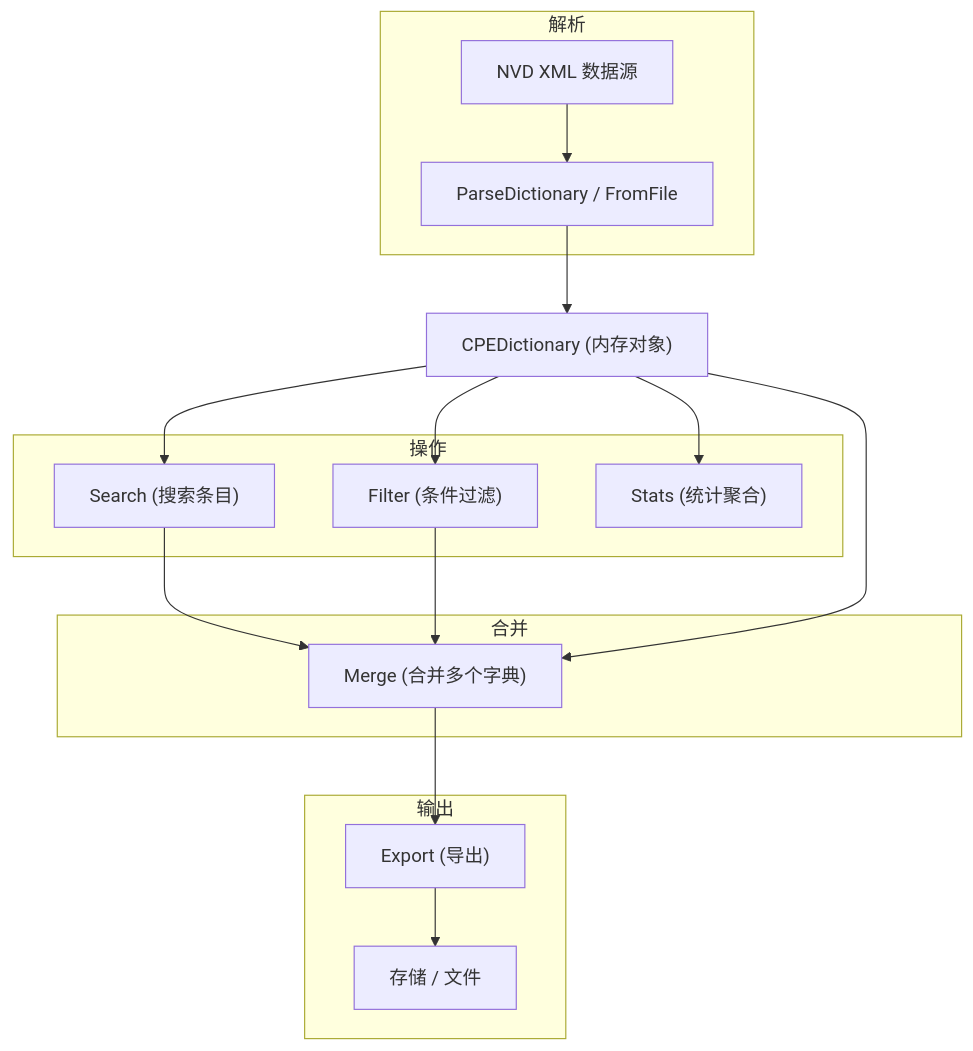
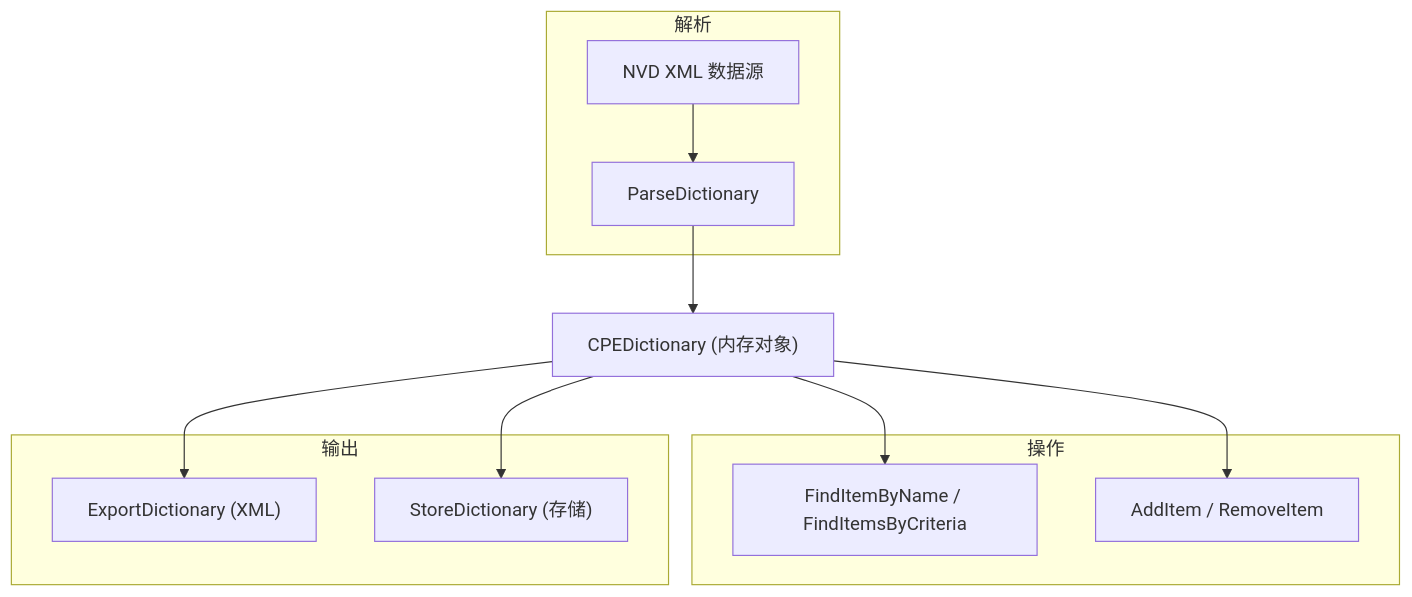
The diagram in website/zh/api/dictionary.md (scagogogo/cpe-skills), drawn with Mermaid before and after one commit. The commit also changed other lines of this file and 18 other files, not shown here.

````diff
--- a/website/zh/api/dictionary.md
+++ b/website/zh/api/dictionary.md
@@ -7,36 +7,26 @@
 ```mermaid
 flowchart TD
     subgraph "解析"
         XML["NVD XML 数据源"]
-        Parse["ParseDictionary / FromFile"]
+        Parse["ParseDictionary"]
         XML --> Parse
     end
 
     Parse --> Dict["CPEDictionary (内存对象)"]
 
     subgraph "操作"
-        Search["Search (搜索条目)"]
-        Filter["Filter (条件过滤)"]
-        Stats["Stats (统计聚合)"]
+        Find["FindItemByName / FindItemsByCriteria"]
+        Add["AddItem / RemoveItem"]
     end
 
-    Dict --> Search
-    Dict --> Filter
-    Dict --> Stats
+    Dict --> Find
+    Dict --> Add
 
-    subgraph "合并"
-        Merge["Merge (合并多个字典)"]
+    subgraph "输出"
+        Export["ExportDictionary (XML)"]
+        Store["StoreDictionary (存储)"]
     end
 
-    Search --> Merge
-    Filter --> Merge
-    Dict --> Merge
-
-    subgraph "输出"
-        Export["Export (导出)"]
-        Store["存储 / 文件"]
-    end
-
-    Merge --> Export
-    Export --> Store
+    Dict --> Export
+    Dict --> Store
 ```
````
